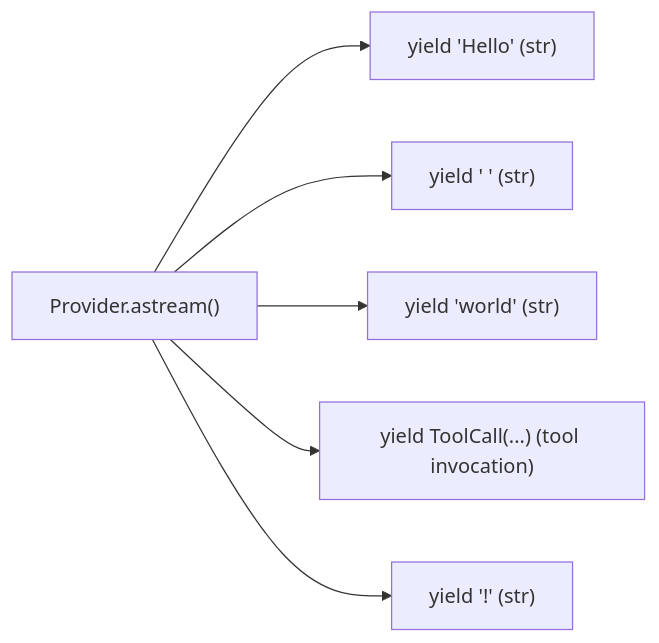
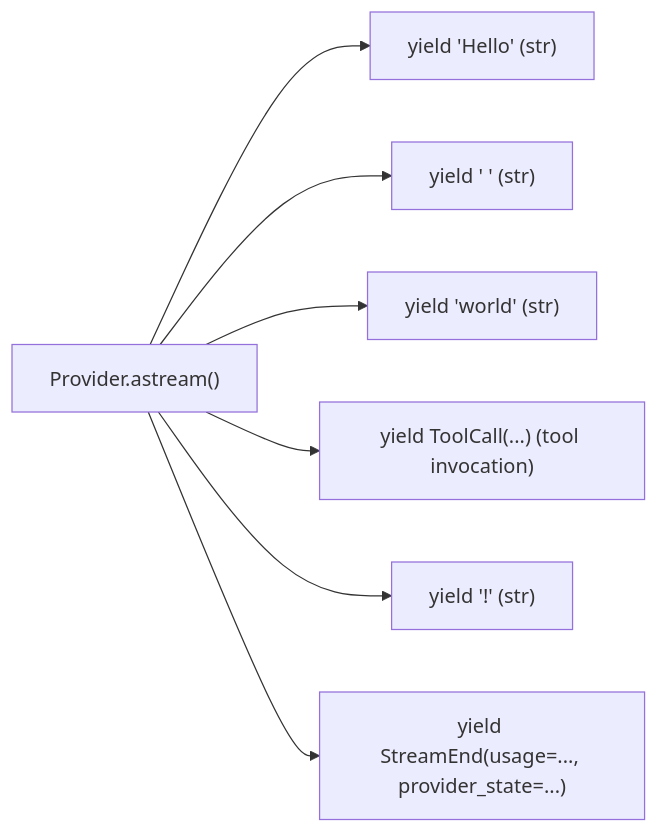
One commit to johnnichev/selectools changed the first of 3 diagrams in docs/modules/STREAMING.md. Above: the diagram before and after it, drawn with Mermaid. The commit also changed other lines of this file and 27 other files, not shown here.

First line of the commit message:
StreamEnd, Message.provider_state, Optional temperature (#182) (#183)

````diff
--- a/docs/modules/STREAMING.md
+++ b/docs/modules/STREAMING.md
@@ -182,8 +189,9 @@
 ```mermaid
 graph LR
     P["Provider.astream()"] --> A["yield 'Hello' (str)"]
     P --> B["yield ' ' (str)"]
     P --> C["yield 'world' (str)"]
     P --> D["yield ToolCall(...) (tool invocation)"]
     P --> E["yield '!' (str)"]
+    P --> F["yield StreamEnd(usage=..., provider_state=...)"]
 ```
````
